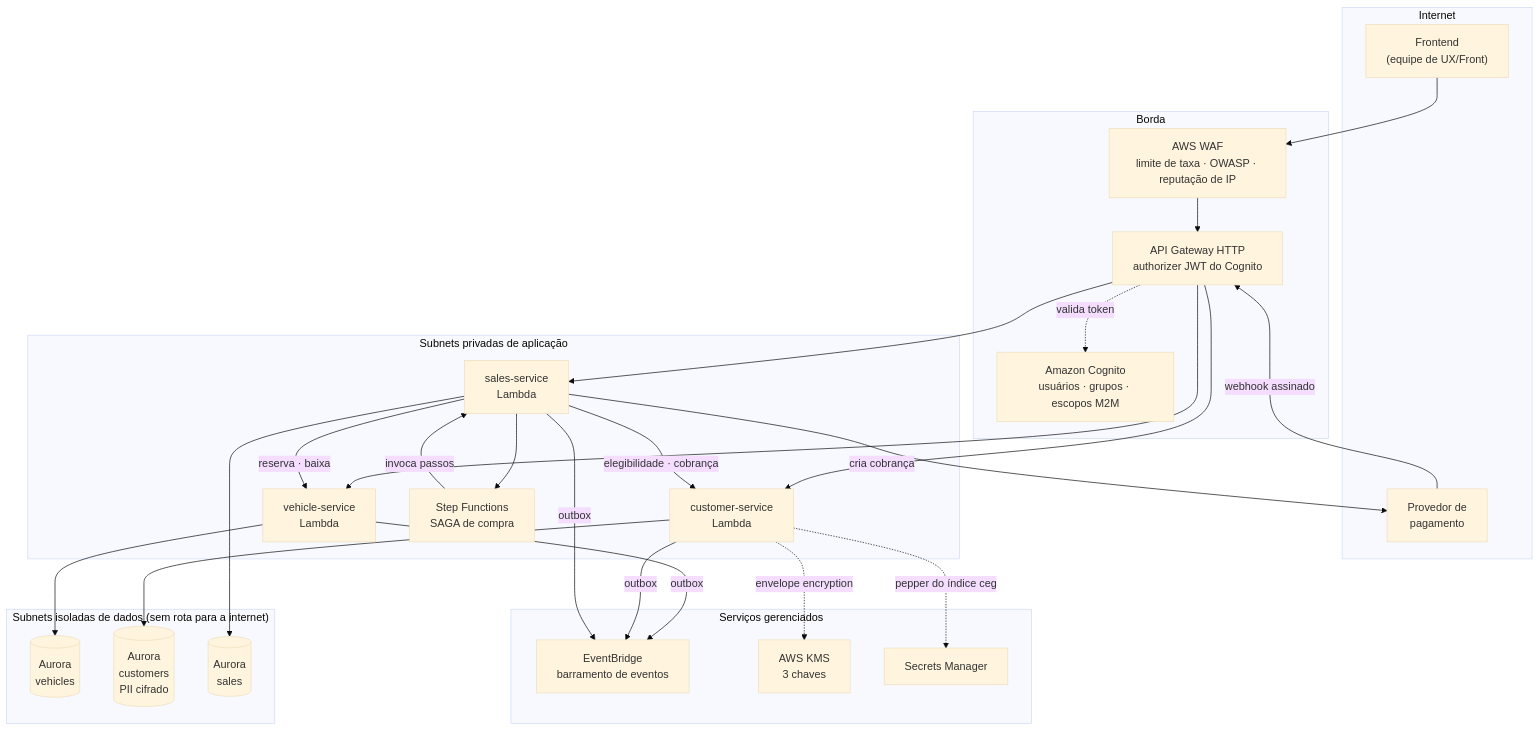
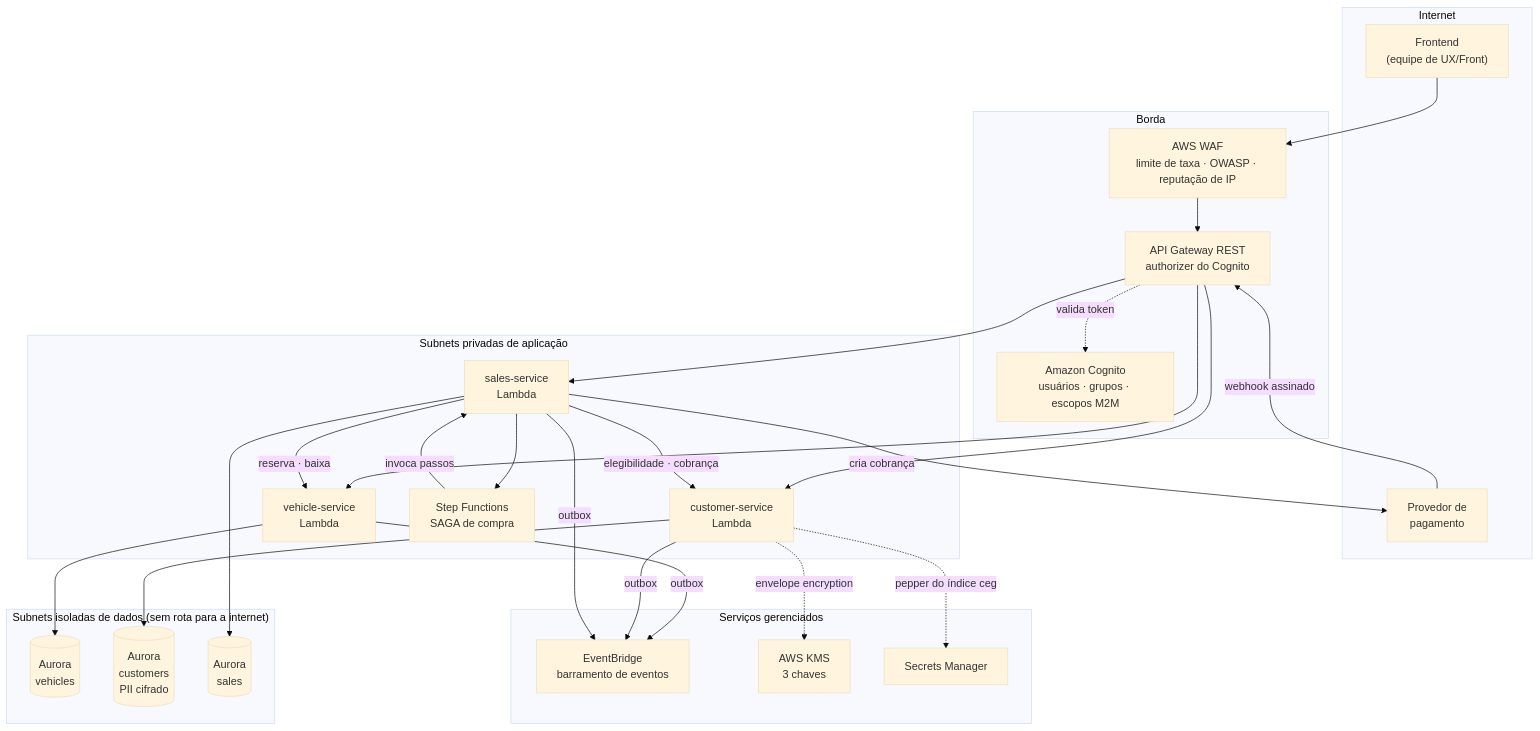
The first of 4 diagrams in docs/01-arquitetura.md (wellison28/tech-challenge-fase5), drawn with Mermaid (base theme) before and after one commit. The commit also changed other lines of this file and 8 other files, not shown here.

First line of the commit message:
fix(infra): API Gateway REST para o WAF valer na borda

````diff
--- a/docs/01-arquitetura.md
+++ b/docs/01-arquitetura.md
@@ -14,51 +14,51 @@
 ```mermaid
 flowchart TB
     subgraph internet["Internet"]
         UI["Frontend<br/>(equipe de UX/Front)"]
         PSP["Provedor de<br/>pagamento"]
     end
 
     subgraph edge["Borda"]
         WAF["AWS WAF<br/>limite de taxa · OWASP · reputação de IP"]
-        APIGW["API Gateway HTTP<br/>authorizer JWT do Cognito"]
+        APIGW["API Gateway REST<br/>authorizer do Cognito"]
         COG["Amazon Cognito<br/>usuários · grupos · escopos M2M"]
     end
 
     subgraph app["Subnets privadas de aplicação"]
         VS["vehicle-service<br/>Lambda"]
         CS["customer-service<br/>Lambda"]
         SS["sales-service<br/>Lambda"]
         SFN["Step Functions<br/>SAGA de compra"]
     end
 
     subgraph data["Subnets isoladas de dados (sem rota para a internet)"]
         DBV[("Aurora<br/>vehicles")]
         DBC[("Aurora<br/>customers<br/>PII cifrado")]
         DBS[("Aurora<br/>sales")]
     end
 
     subgraph managed["Serviços gerenciados"]
         EB["EventBridge<br/>barramento de eventos"]
         KMS["AWS KMS<br/>3 chaves"]
         SM["Secrets Manager"]
     end
 
     UI --> WAF --> APIGW
     APIGW -.valida token.-> COG
     APIGW --> VS & CS & SS
     PSP -- webhook assinado --> APIGW
 
     SS --> SFN
     SFN -- invoca passos --> SS
     SS -- reserva · baixa --> VS
     SS -- elegibilidade · cobrança --> CS
     SS -- cria cobrança --> PSP
 
     VS --> DBV
     CS --> DBC
     SS --> DBS
 
     CS -.envelope encryption.-> KMS
     CS -.pepper do índice cego.-> SM
     VS & CS & SS -- outbox --> EB
 ```
````
